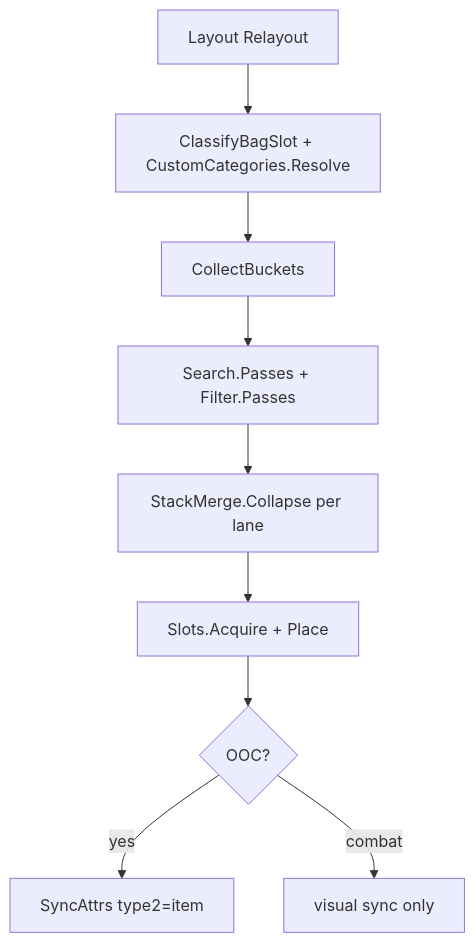
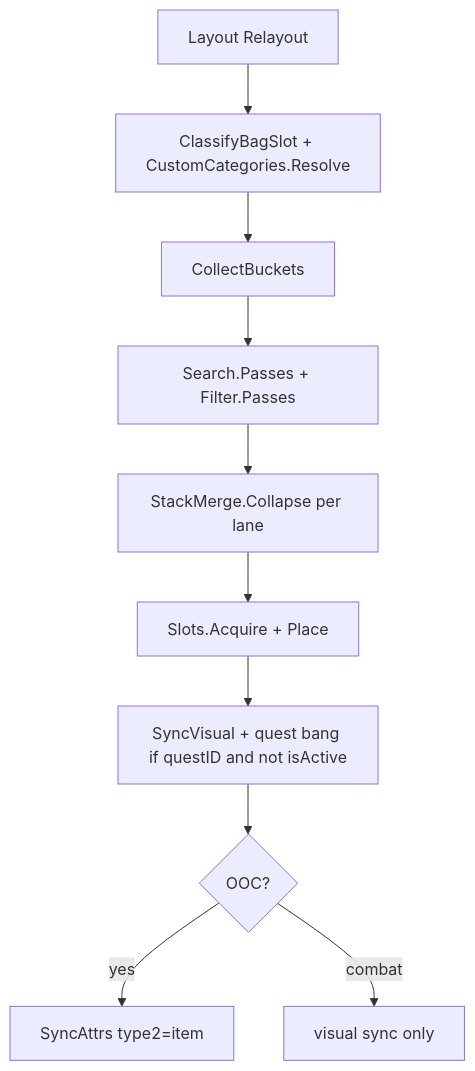
One commit to sirTurbisCZ/wow-forever-addons changed the second of 6 diagrams in addons/BetterBackpack/Docs/loops.md. Above: the diagram before and after it, drawn with Mermaid. The commit also changed other lines of this file and 5 other files, not shown here.

First line of the commit message:
BetterBackpack 1.2.0: quest starter bang on bag slots

````diff
--- a/addons/BetterBackpack/Docs/loops.md
+++ b/addons/BetterBackpack/Docs/loops.md
@@ -42,12 +42,13 @@
 ```mermaid
 flowchart TD
   L[Layout Relayout]
   L --> Class[ClassifyBagSlot + CustomCategories.Resolve]
   Class --> Buckets[CollectBuckets]
   Buckets --> SF[Search.Passes + Filter.Passes]
   SF --> Merge[StackMerge.Collapse per lane]
   Merge --> Place[Slots.Acquire + Place]
-  Place --> Attrs{OOC?}
+  Place --> Visual[SyncVisual + quest bang if questID and not isActive]
+  Visual --> Attrs{OOC?}
   Attrs -->|yes| Sync[SyncAttrs type2=item]
   Attrs -->|combat| Keep[visual sync only]
 ```
````
